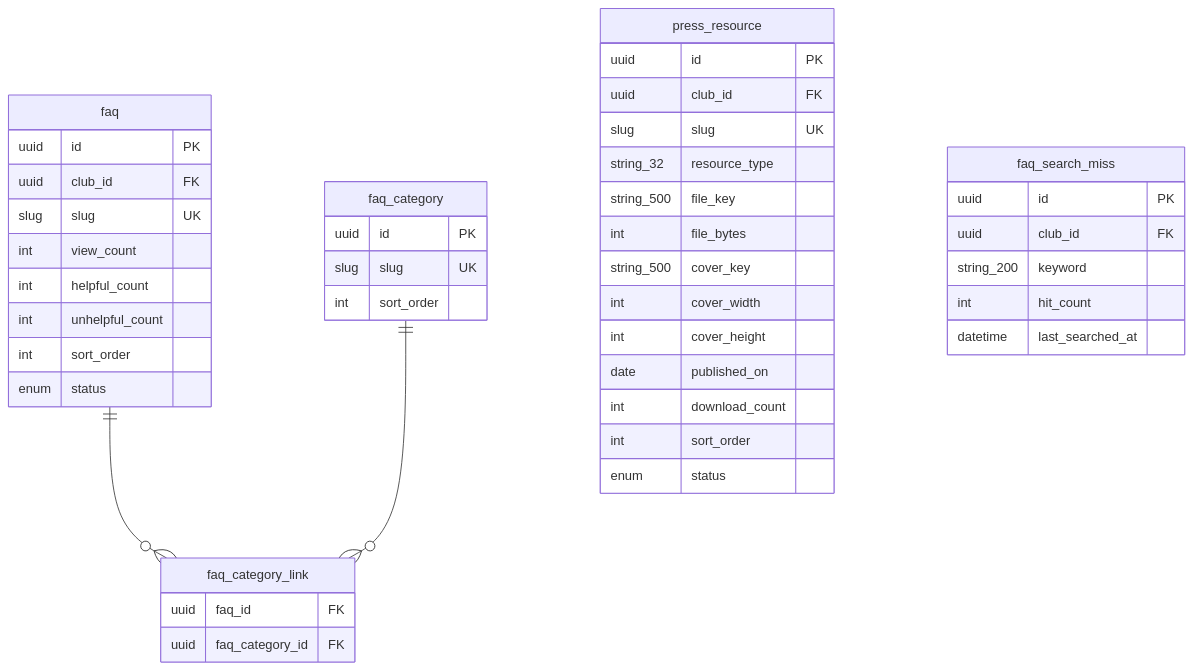
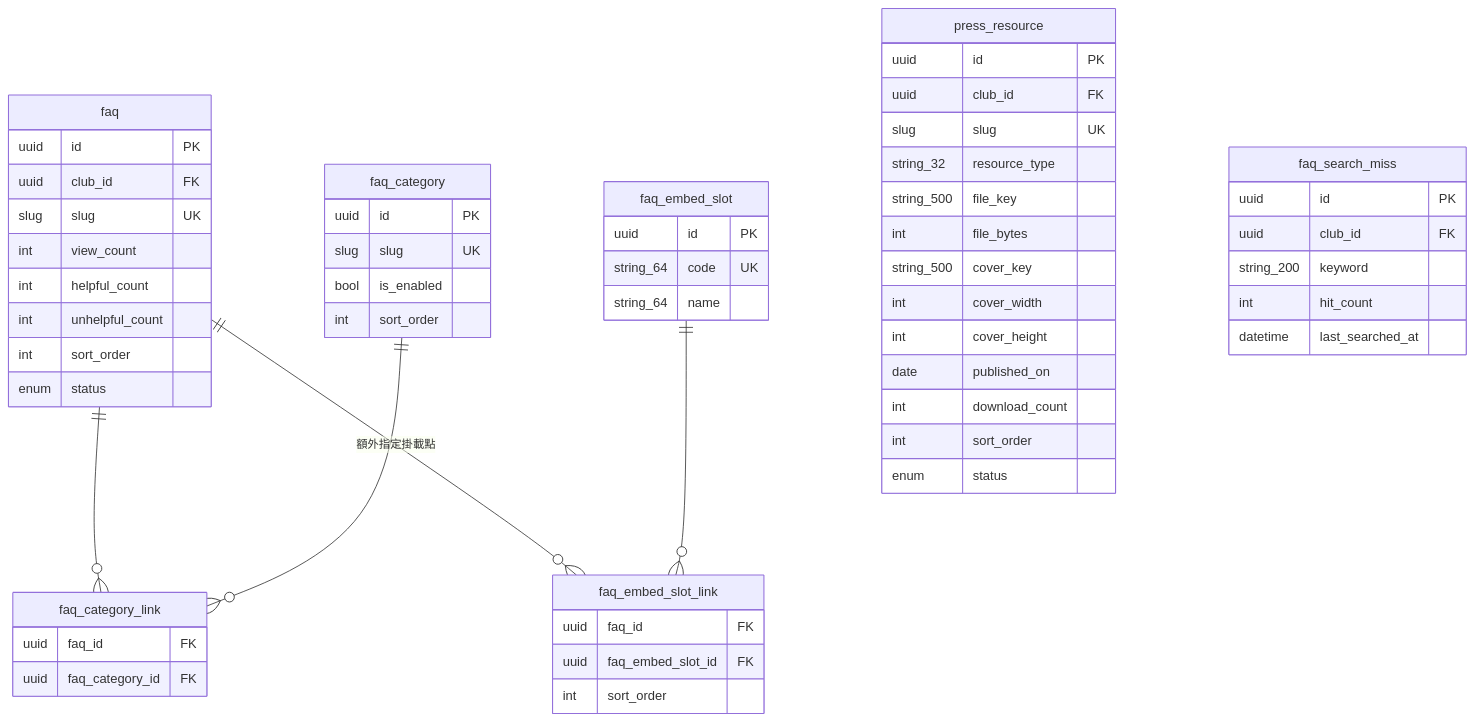
The second of 16 diagrams in docs/12a-database-erd.md (waiting0201/tcrfc), drawn with Mermaid before and after one commit. The commit also changed other lines of this file and 7 other files, not shown here.

````diff
--- a/docs/12a-database-erd.md
+++ b/docs/12a-database-erd.md
@@ -122,46 +126,59 @@
 ```mermaid
 erDiagram
   faq ||--o{ faq_category_link : ""
   faq_category ||--o{ faq_category_link : ""
+  faq ||--o{ faq_embed_slot_link : "額外指定掛載點"
+  faq_embed_slot ||--o{ faq_embed_slot_link : ""
   press_resource {
     uuid id PK
     uuid club_id FK
     slug slug UK
     string_32 resource_type
     string_500 file_key
     int file_bytes
     string_500 cover_key
     int cover_width
     int cover_height
     date published_on
     int download_count
     int sort_order
     enum status
   }
   faq {
     uuid id PK
     uuid club_id FK
     slug slug UK
     int view_count
     int helpful_count
     int unhelpful_count
     int sort_order
     enum status
   }
   faq_category {
     uuid id PK
     slug slug UK
+    bool is_enabled
     int sort_order
   }
   faq_category_link {
     uuid faq_id FK
     uuid faq_category_id FK
+  }
+  faq_embed_slot {
+    uuid id PK
+    string_64 code UK
+    string_64 name
+  }
+  faq_embed_slot_link {
+    uuid faq_id FK
+    uuid faq_embed_slot_id FK
+    int sort_order
   }
   faq_search_miss {
     uuid id PK
     uuid club_id FK
     string_200 keyword
     int hit_count
     datetime last_searched_at
   }
 ```
````
